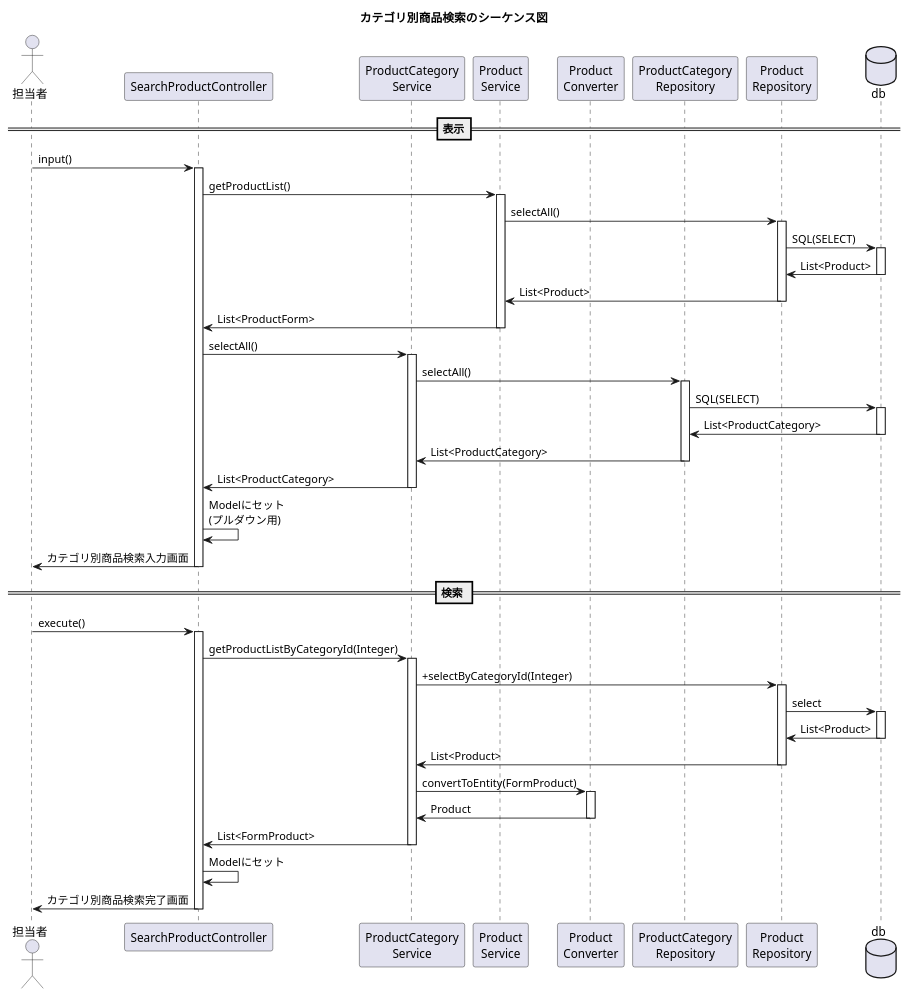
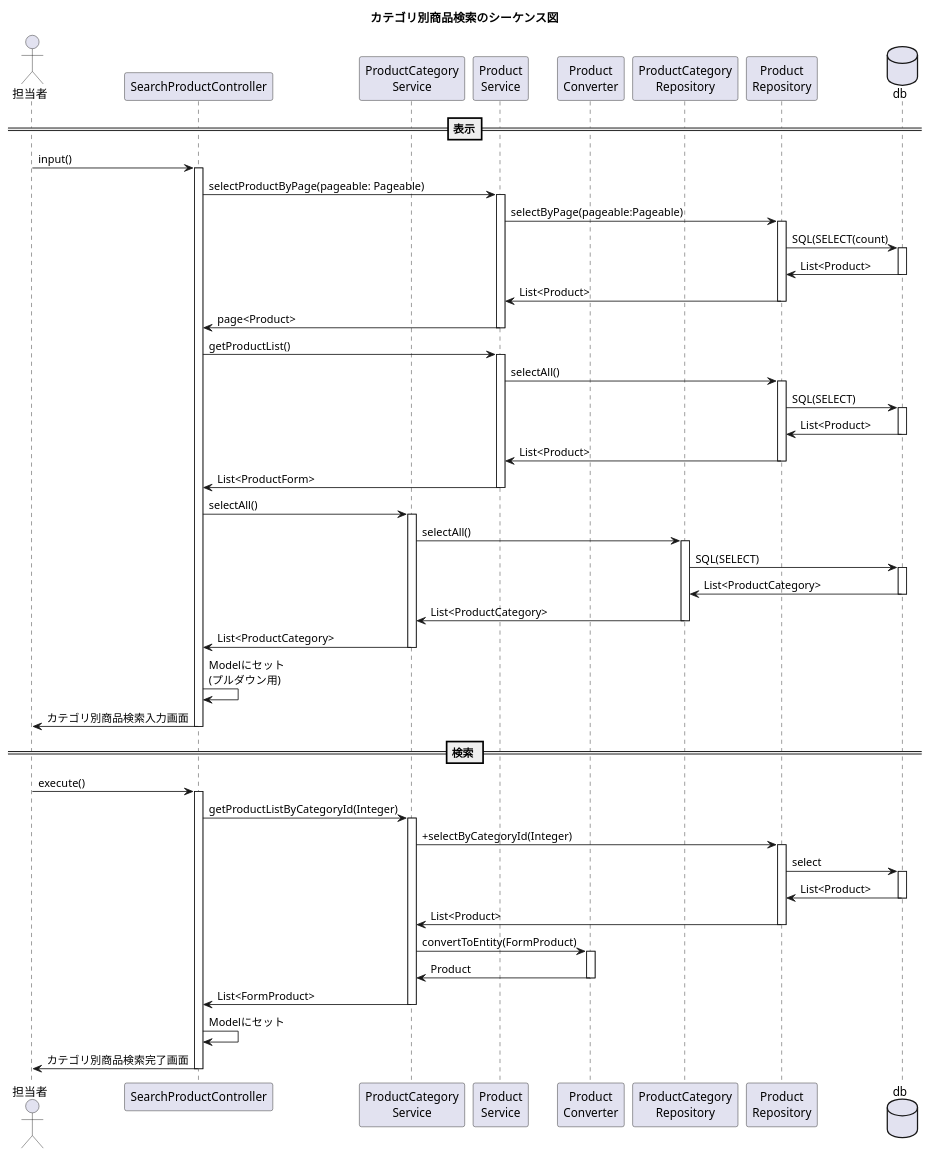
One commit to kanavii3333/ec-b changed the diagram in plan/uml/sequence/uc011.plantuml. Above: the diagram before and after it, drawn with PlantUML.

Commit message:
uc011.plantuml

```diff
--- a/plan/uml/sequence/uc011.plantuml
+++ b/plan/uml/sequence/uc011.plantuml
@@ -1,43 +1,50 @@
 @startuml
 
 title カテゴリ別商品検索のシーケンス図
 actor "担当者" as user
 participant "SearchProductController" as controller
 participant "ProductCategory\nService" as service
 participant "Product\nService" as service1
 participant "Product\nConverter" as helper
 participant "ProductCategory\nRepository" as repository1
 participant "Product\nRepository" as repository2
 database "db" as db
 ==表示==
 user -> controller++:input()
+controller -> service1++:selectProductByPage(pageable: Pageable)
+service1 -> repository2++:selectByPage(pageable:Pageable)
+repository2 -> db++:SQL(SELECT(count)
+db -> repository2--:List<Product>
+repository2 -> service1--:List<Product>
+service1 -> controller--:page<Product>
+
 controller -> service1++:getProductList()
 service1 -> repository2++:selectAll()
 repository2 -> db++:SQL(SELECT)
 repository2<- db--:List<Product> 
 service1 <- repository2--:List<Product>
 controller <- service1--:List<ProductForm>
 controller -> service++:selectAll()
 service -> repository1++:selectAll()
 repository1 -> db++:SQL(SELECT)
 db -> repository1--:List<ProductCategory>
 repository1 -> service--:List<ProductCategory>
 service -> controller--:List<ProductCategory>
 controller -> controller:Modelにセット\n(プルダウン用)
 controller -> user--:カテゴリ別商品検索入力画面
 
 == 検索 ==
 user -> controller++:execute()
 controller -> service++:getProductListByCategoryId(Integer)
 service -> repository2++:+selectByCategoryId(Integer)
 repository2 -> db++:select
 db -> repository2--:List<Product>
 repository2 -> service--:List<Product>
 service -> helper++:convertToEntity(FormProduct)
 service <- helper--:Product
 service -> controller--:List<FormProduct>
 controller -> controller:Modelにセット
 controller -> user--:カテゴリ別商品検索完了画面
 
 
 @enduml
```
